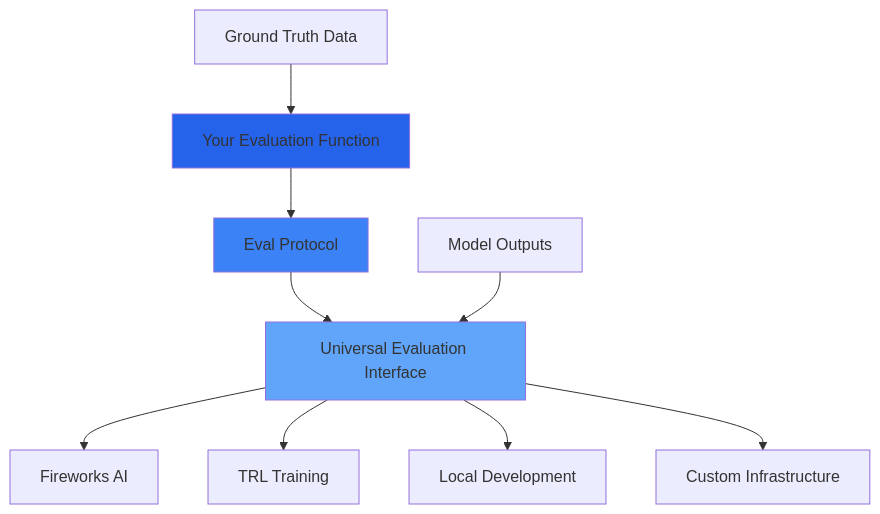
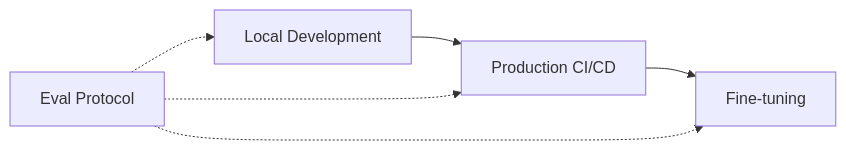
One commit to eval-protocol/eval-protocol changed the diagram in introduction.mdx. Above: the diagram before and after it, drawn with Mermaid. The commit also changed other lines of this file and 3 other files, not shown here.

````diff
--- a/introduction.mdx
+++ b/introduction.mdx
@@ -25,17 +75,8 @@
 ```mermaid
-graph TB
-    A[Your Evaluation Function] --> B[Eval Protocol]
-    B --> C[Universal Evaluation Interface]
+graph LR
+    A[Local Development] --> B[Production CI/CD] --> C[Fine-tuning]
     
-    C --> D[Fireworks AI]
-    C --> E[TRL Training]
-    C --> F[Local Development]
-    C --> G[Custom Infrastructure]
-    
-    H[Model Outputs] --> C
-    I[Ground Truth Data] --> A
-    
-    style A fill:#2563eb
-    style B fill:#3b82f6
-    style C fill:#60a5fa
+    D[Eval Protocol] -.-> A
+    D -.-> B  
+    D -.-> C
 ```
````
